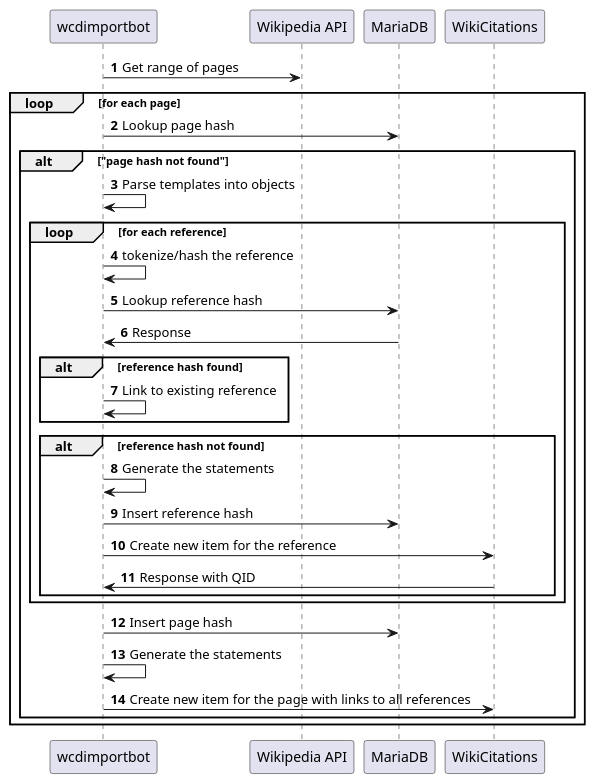
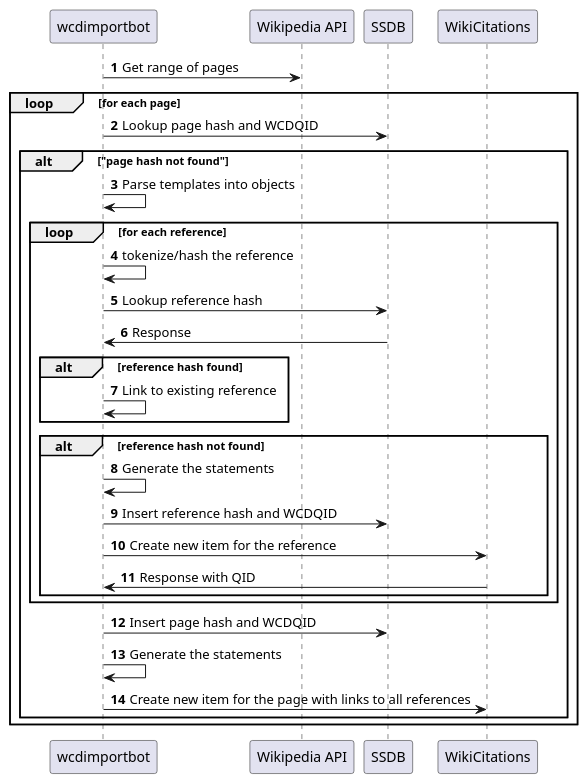
Before and after one commit to internetarchive/iari: the diagram in diagrams/sequence_first_pass.puml, drawn with PlantUML. The commit also changed 5 other files, not shown here.

Commit message:
Switch from Redis to SSDB. hash_database.py: Remove mariadb specific code and generalize it to use SsdbDatabase class. ssdb_database.py: Renamed and updated port test_ssdb_database.py: Update and make sure the test pass.

```diff
--- a/diagrams/sequence_first_pass.puml
+++ b/diagrams/sequence_first_pass.puml
@@ -1,29 +1,29 @@
 @startuml
 'https://plantuml.com/sequence-diagram
 
 autonumber
 wcdimportbot -> "Wikipedia API": Get range of pages
 loop for each page
-    wcdimportbot -> MariaDB: Lookup page hash
+    wcdimportbot -> SSDB: Lookup page hash and WCDQID
     alt "page hash not found"
         wcdimportbot -> wcdimportbot: Parse templates into objects
         loop for each reference
             wcdimportbot -> wcdimportbot: tokenize/hash the reference
-            wcdimportbot -> MariaDB: Lookup reference hash
-            MariaDB -> wcdimportbot: Response
+            wcdimportbot -> SSDB: Lookup reference hash
+            SSDB -> wcdimportbot: Response
             alt reference hash found
                 wcdimportbot -> wcdimportbot: Link to existing reference
             end
             alt reference hash not found
                 wcdimportbot -> wcdimportbot: Generate the statements
-                wcdimportbot -> MariaDB: Insert reference hash
+                wcdimportbot -> SSDB: Insert reference hash and WCDQID
                 wcdimportbot -> WikiCitations: Create new item for the reference
                 WikiCitations -> wcdimportbot: Response with QID
             end
         end
-        wcdimportbot -> MariaDB: Insert page hash
+        wcdimportbot -> SSDB: Insert page hash and WCDQID
         wcdimportbot -> wcdimportbot: Generate the statements
         wcdimportbot -> WikiCitations: Create new item for the page with links to all references
     end
 end
 @enduml
```
